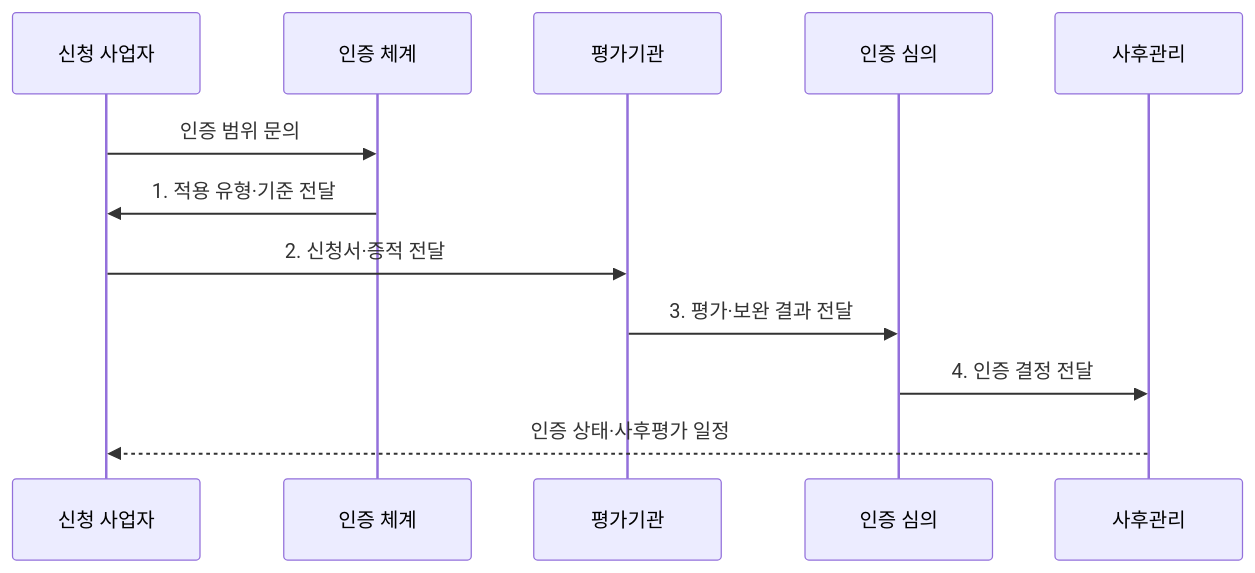
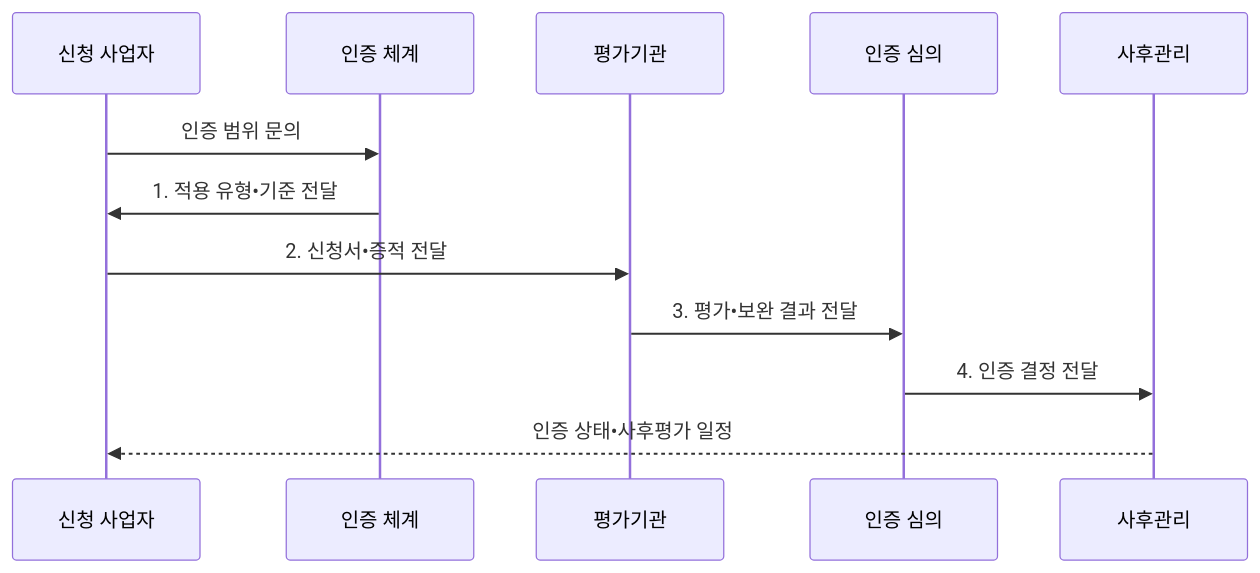
The second of 2 diagrams in src/content/docs/notes/08-latest-tech/184_csap.md (agnusdei1207/knowledge-base), drawn with Mermaid before and after one commit. The commit also changed other lines of this file and 953 other files, not shown here.

````diff
--- a/src/content/docs/notes/08-latest-tech/184_csap.md
+++ b/src/content/docs/notes/08-latest-tech/184_csap.md
@@ -101,14 +101,14 @@
 ```mermaid
 sequenceDiagram
   participant A as 신청 사업자
   participant S as 인증 체계
   participant E as 평가기관
   participant C as 인증 심의
   participant M as 사후관리
   A->>S: 인증 범위 문의
-  S->>A: 1. 적용 유형·기준 전달
-  A->>E: 2. 신청서·증적 전달
-  E->>C: 3. 평가·보완 결과 전달
+  S->>A: 1. 적용 유형•기준 전달
+  A->>E: 2. 신청서•증적 전달
+  E->>C: 3. 평가•보완 결과 전달
   C->>M: 4. 인증 결정 전달
-  M-->>A: 인증 상태·사후평가 일정
+  M-->>A: 인증 상태•사후평가 일정
 ```
````
